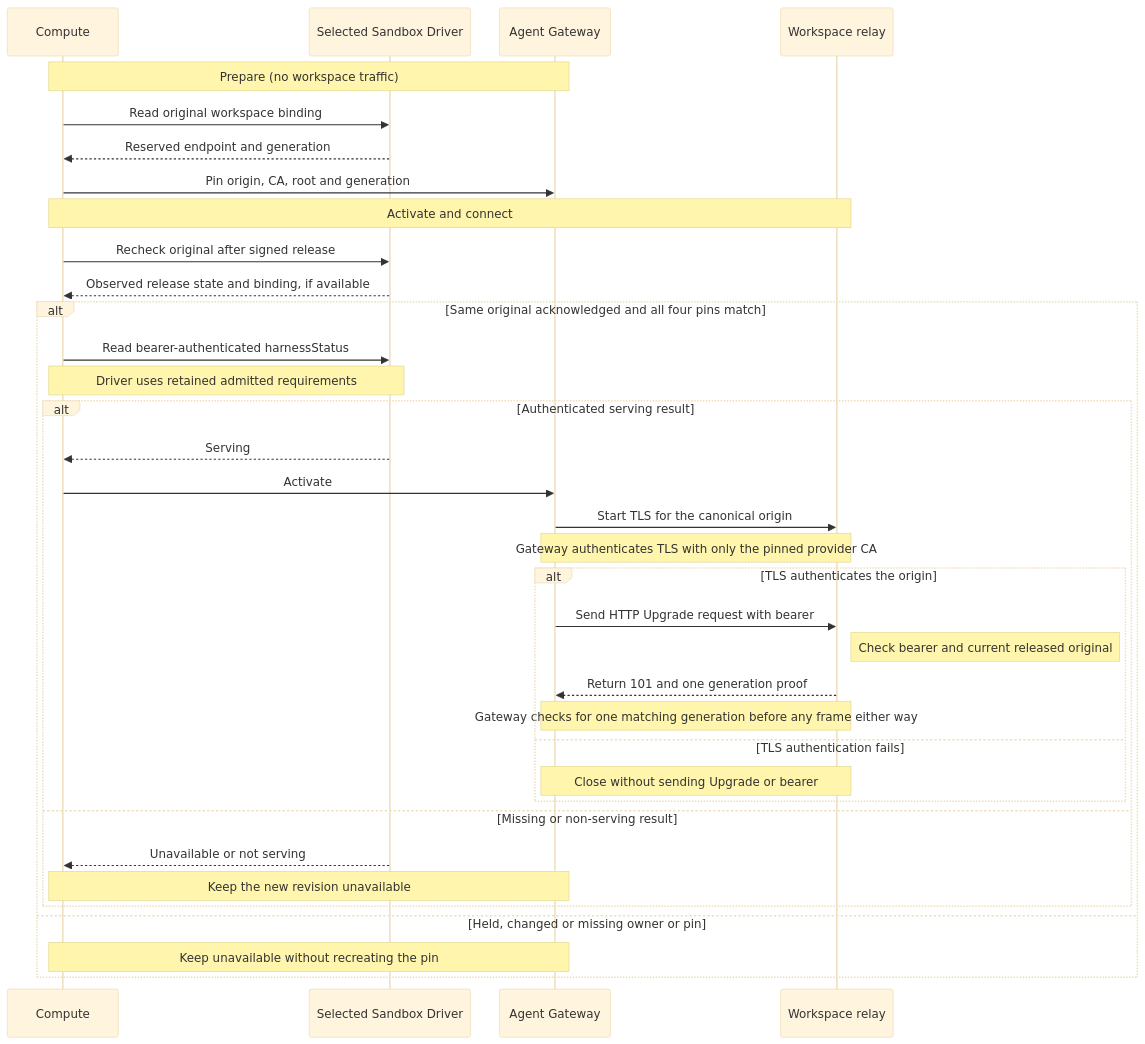
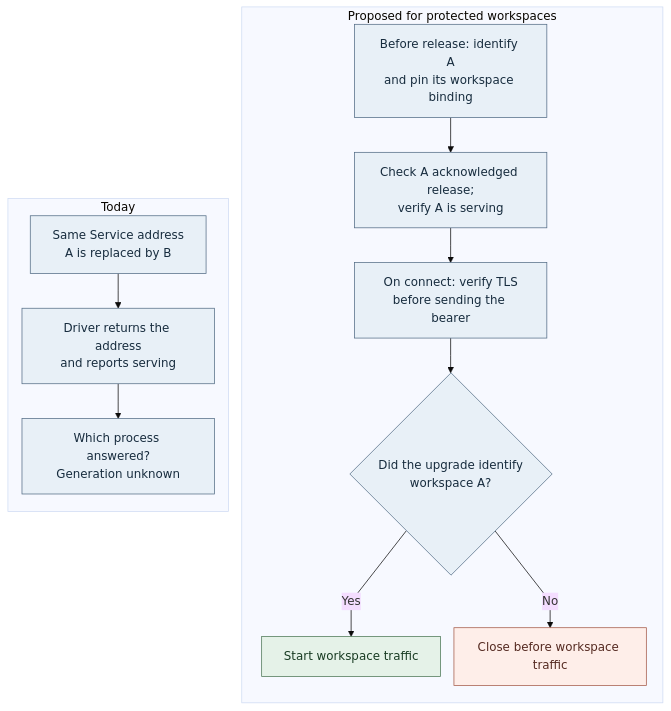
Before and after one commit to openclaw/openclaw-enterprise: the diagram in specs/rfcs/0031-protected-codex-workspace-endpoint/request-lifecycle.mmd, drawn with Mermaid. The commit also changed 3 other files, not shown here.

Commit message:
docs(rfc): illustrate a workspace replacement at the same address

```diff
--- a/specs/rfcs/0031-protected-codex-workspace-endpoint/request-lifecycle.mmd
+++ b/specs/rfcs/0031-protected-codex-workspace-endpoint/request-lifecycle.mmd
@@ -1,49 +1,32 @@
 ---
 config:
   theme: base
-  sequence:
-    useMaxWidth: false
-    diagramMarginX: 18
-    diagramMarginY: 12
-    actorMargin: 38
-    boxMargin: 8
-    messageMargin: 28
-    mirrorActors: true
+  htmlLabels: true
+  flowchart:
+    curve: linear
+    nodeSpacing: 18
+    rankSpacing: 22
+    wrappingWidth: 200
 ---
-sequenceDiagram
-  accTitle: Proposed protected workspace lifecycle
-  accDescr: Compute pins a reservation from the selected Sandbox Driver. After the same original acknowledges signed release, Compute compares all four pins and asks the Driver for bearer-authenticated serving status using the retained admitted requirements. Only serving permits activation. The Gateway authenticates the canonical origin with only the pinned provider CA before it sends the HTTP Upgrade request and bearer. A TLS failure sends neither. On the authenticated connection the relay checks the bearer and released original before returning 101 with one generation proof. The Gateway verifies that proof before sending or accepting native frames.
-  participant C as Compute
-  participant S as Selected Sandbox Driver
-  participant G as Agent Gateway
-  participant W as Workspace relay
-  Note over C,G: Prepare (no workspace traffic)
-  C->>S: Read original workspace binding
-  S-->>C: Reserved endpoint and generation
-  C->>G: Pin origin, CA, root and generation
-  Note over C,W: Activate and connect
-  C->>S: Recheck original after signed release
-  S-->>C: Observed release state and binding, if available
-  alt Same original acknowledged and all four pins match
-    C->>S: Read bearer-authenticated harnessStatus
-    Note over C,S: Driver uses retained admitted requirements
-    alt Authenticated serving result
-      S-->>C: Serving
-      C->>G: Activate
-      G->>W: Start TLS for the canonical origin
-      Note over G,W: Gateway authenticates TLS with only the pinned provider CA
-      alt TLS authenticates the origin
-        G->>W: Send HTTP Upgrade request with bearer
-        Note right of W: Check bearer and current released original
-        W-->>G: Return 101 and one generation proof
-        Note over G,W: Gateway checks for one matching generation before any frame either way
-      else TLS authentication fails
-        Note over G,W: Close without sending Upgrade or bearer
-      end
-    else Missing or non-serving result
-      S-->>C: Unavailable or not serving
-      Note over C,G: Keep the new revision unavailable
-    end
-  else Held, changed or missing owner or pin
-    Note over C,G: Keep unavailable without recreating the pin
+flowchart TB
+  accTitle: One workspace address, two process generations
+  accDescr: Today, a Service can route the same address to replacement workspace B. A serving response alone does not show which process answered. Under the proposal, Compute pins the original workspace A before release, checks A's acknowledgement of the signed release and all four pins, then independently verifies A is serving. On each connection the Gateway verifies TLS with only the pinned CA before sending its bearer. The relay checks the bearer and released original before returning 101. The Gateway checks the generation proof before sending or accepting native frames. Missing or different proof closes the connection.
+  subgraph next["Proposed for protected workspaces"]
+    direction TB
+    pin["Before release: identify A<br/>and pin its workspace binding"] --> ready["Check A acknowledged release;<br/>verify A is serving"]
+    ready --> tls["On connect: verify TLS<br/>before sending the bearer"]
+    tls --> generation{"Did the upgrade identify<br/>workspace A?"}
+    generation -->|Yes| good["Start workspace traffic"]
+    generation -->|No| stop["Close before workspace traffic"]
   end
+  subgraph now["Today"]
+    direction TB
+    addr["Same Service address<br/>A is replaced by B"] --> status["Driver returns the address<br/>and reports serving"]
+    status --> unknown["Which process answered?<br/>Generation unknown"]
+  end
+  classDef check fill:#e8f0f7,stroke:#536c85,color:#172c3e
+  classDef permit fill:#e5f2e8,stroke:#4c7655,color:#193c23
+  classDef refuse fill:#feeee9,stroke:#a45a49,color:#552a21
+  class addr,status,unknown,pin,ready,tls,generation check
+  class good permit
+  class stop refuse
```
